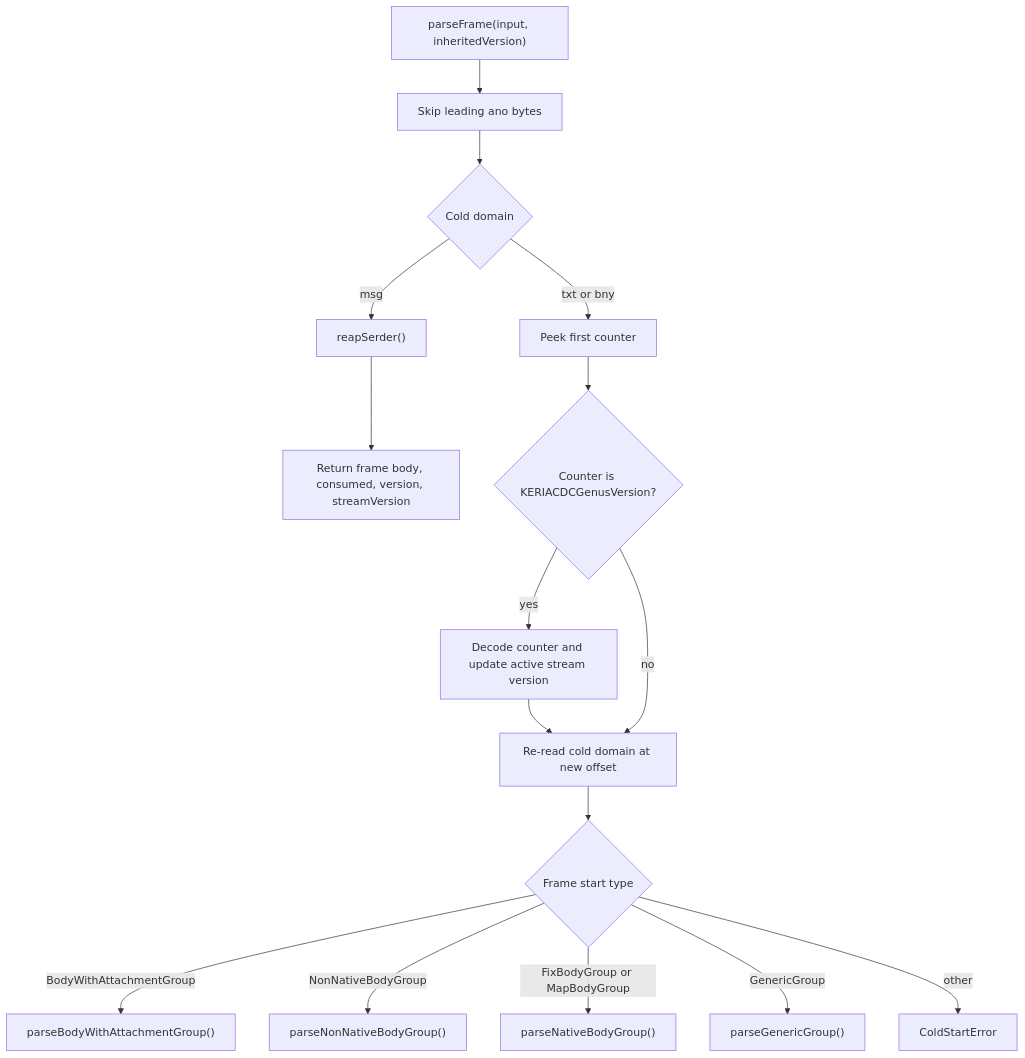
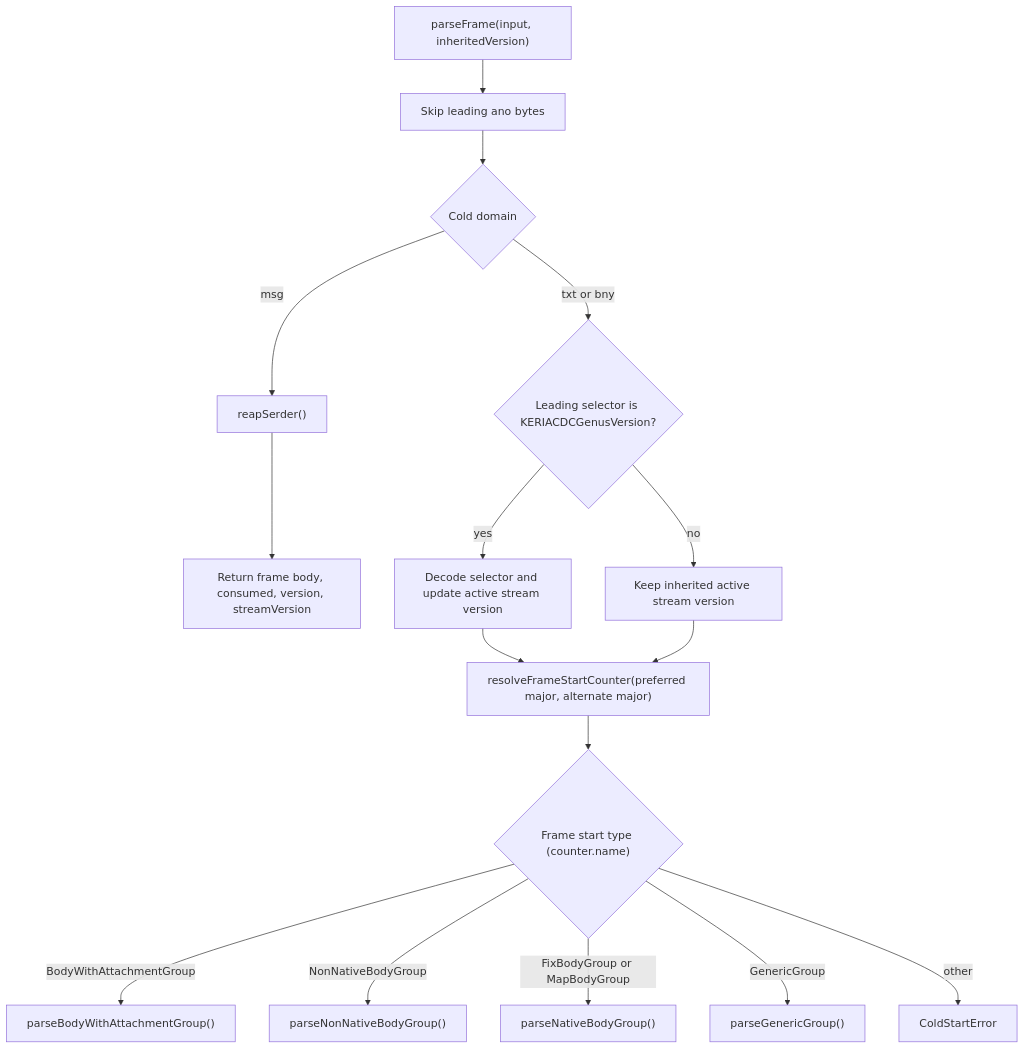
The second of 7 diagrams in docs/design-docs/CESR_ATOMIC_BOUNDED_PARSER_ARCHITECTURE.md (kentbull/keri-ts), drawn with Mermaid before and after one commit. The commit also changed other lines of this file, not shown here.

Commit message:
Update CESR parser arch diagram

````diff
--- a/docs/design-docs/CESR_ATOMIC_BOUNDED_PARSER_ARCHITECTURE.md
+++ b/docs/design-docs/CESR_ATOMIC_BOUNDED_PARSER_ARCHITECTURE.md
@@ -62,20 +64,19 @@
 ```mermaid
 flowchart TD
     A["parseFrame(input, inheritedVersion)"] --> B["Skip leading ano bytes"]
     B --> C{"Cold domain"}
     C -- "msg" --> D["reapSerder()"]
     D --> E["Return frame body, consumed, version, streamVersion"]
 
-    C -- "txt or bny" --> F["Peek first counter"]
-    F --> G{"Counter is KERIACDCGenusVersion?"}
-    G -- "yes" --> H["Decode counter and update active stream version"]
-    H --> I["Re-read cold domain at new offset"]
-    G -- "no" --> I
-
-    I --> J{"Frame start type"}
+    C -- "txt or bny" --> F{"Leading selector is KERIACDCGenusVersion?"}
+    F -- "yes" --> G["Decode selector and update active stream version"]
+    F -- "no" --> H["Keep inherited active stream version"]
+    G --> I["resolveFrameStartCounter(preferred major, alternate major)"]
+    H --> I
+    I --> J{"Frame start type (counter.name)"}
     J -- "BodyWithAttachmentGroup" --> K["parseBodyWithAttachmentGroup()"]
     J -- "NonNativeBodyGroup" --> L["parseNonNativeBodyGroup()"]
     J -- "FixBodyGroup or MapBodyGroup" --> M["parseNativeBodyGroup()"]
     J -- "GenericGroup" --> N["parseGenericGroup()"]
     J -- "other" --> O["ColdStartError"]
 ```
````
